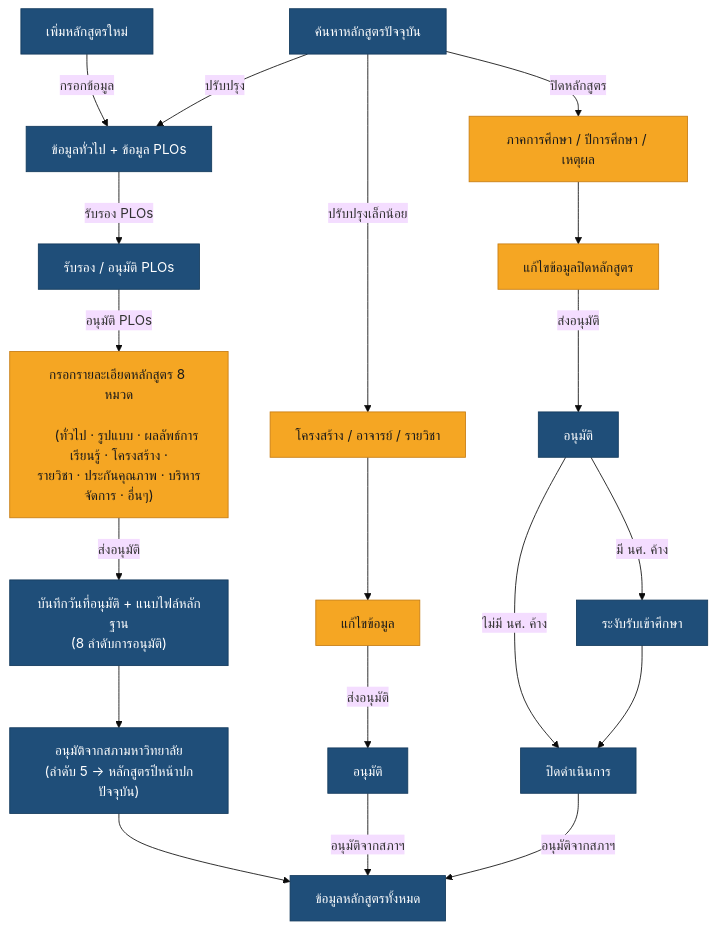
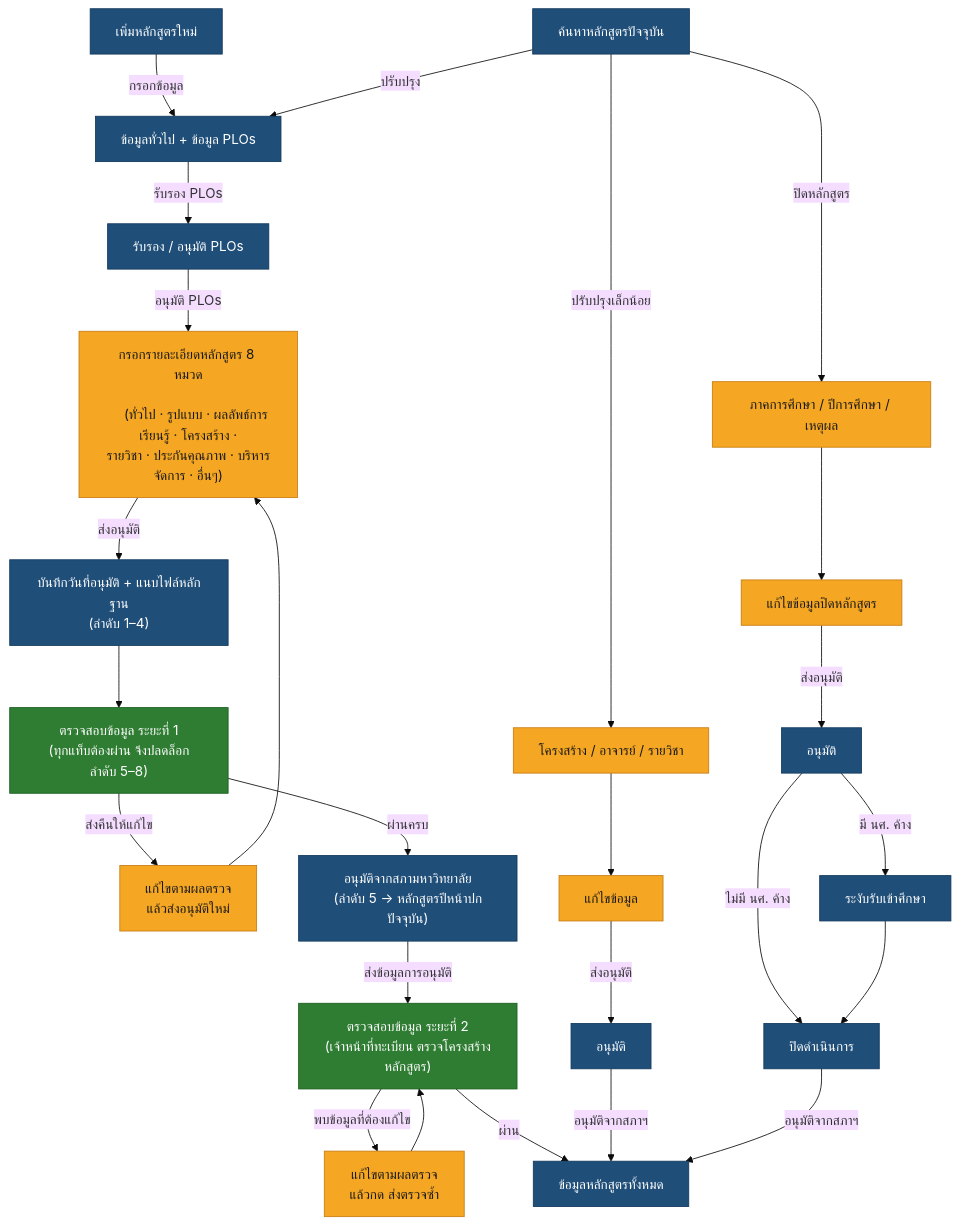
The diagram in process-overview.md (kamolchanokc/cms-user-manaul), drawn with Mermaid (base theme) before and after one commit. The commit also changed other lines of this file and 17 other files, not shown here.

````diff
--- a/process-overview.md
+++ b/process-overview.md
@@ -13,52 +15,63 @@
 ```mermaid
 flowchart TD
     classDef staff fill:#F5A623,stroke:#C77C11,color:#1A1A1A;
     classDef admin fill:#1F4E79,stroke:#12395C,color:#FFFFFF;
+    classDef review fill:#2E7D32,stroke:#1B5E20,color:#FFFFFF;
 
     add["เพิ่มหลักสูตรใหม่"]:::admin
     find["ค้นหาหลักสูตรปัจจุบัน"]:::admin
 
     plo["ข้อมูลทั่วไป + ข้อมูล PLOs"]:::admin
     ploOK["รับรอง / อนุมัติ PLOs"]:::admin
 
     detail["กรอกรายละเอียดหลักสูตร 8 หมวด<br/>
     (ทั่วไป · รูปแบบ · ผลลัพธ์การเรียนรู้ · โครงสร้าง ·<br/>รายวิชา · ประกันคุณภาพ · บริหารจัดการ · อื่นๆ)"]:::staff
 
-    approve["บันทึกวันที่อนุมัติ + แนบไฟล์หลักฐาน<br/>(8 ลำดับการอนุมัติ)"]:::admin
+    approve["บันทึกวันที่อนุมัติ + แนบไฟล์หลักฐาน<br/>(ลำดับ 1–4)"]:::admin
+    review1["ตรวจสอบข้อมูล ระยะที่ 1<br/>(ทุกแท็บต้องผ่าน จึงปลดล็อกลำดับ 5–8)"]:::review
+    fix1["แก้ไขตามผลตรวจ<br/>แล้วส่งอนุมัติใหม่"]:::staff
+    fix2["แก้ไขตามผลตรวจ<br/>แล้วกด ส่งตรวจซ้ำ"]:::staff
     council["อนุมัติจากสภามหาวิทยาลัย<br/>(ลำดับ 5 → หลักสูตรปีหน้าปกปัจจุบัน)"]:::admin
+    review2["ตรวจสอบข้อมูล ระยะที่ 2<br/>(เจ้าหน้าที่ทะเบียน ตรวจโครงสร้างหลักสูตร)"]:::review
     allc["ข้อมูลหลักสูตรทั้งหมด"]:::admin
 
     minorSrc["โครงสร้าง / อาจารย์ / รายวิชา"]:::staff
     minorEdit["แก้ไขข้อมูล"]:::staff
     minorOK["อนุมัติ"]:::admin
 
     closeSrc["ภาคการศึกษา / ปีการศึกษา / เหตุผล"]:::staff
     closeEdit["แก้ไขข้อมูลปิดหลักสูตร"]:::staff
     closeOK["อนุมัติ"]:::admin
     suspend["ระงับรับเข้าศึกษา"]:::admin
     closed["ปิดดำเนินการ"]:::admin
 
     %% เส้นทางหลัก: เพิ่ม / ปรับปรุง
     add -->|กรอกข้อมูล| plo
     find -->|ปรับปรุง| plo
     plo -->|รับรอง PLOs| ploOK
     ploOK -->|อนุมัติ PLOs| detail
     detail -->|ส่งอนุมัติ| approve
-    approve --> council
-    council --> allc
+    approve --> review1
+    review1 -->|ส่งคืนให้แก้ไข| fix1
+    fix1 --> detail
+    review1 -->|ผ่านครบ| council
+    council -->|ส่งข้อมูลการอนุมัติ| review2
+    review2 -->|ผ่าน| allc
+    review2 -->|พบข้อมูลที่ต้องแก้ไข| fix2
+    fix2 --> review2
 
     %% ปรับปรุงเล็กน้อย
     find -->|ปรับปรุงเล็กน้อย| minorSrc
     minorSrc --> minorEdit
     minorEdit -->|ส่งอนุมัติ| minorOK
     minorOK -->|อนุมัติจากสภาฯ| allc
 
     %% ปิดหลักสูตร
     find -->|ปิดหลักสูตร| closeSrc
     closeSrc --> closeEdit
     closeEdit -->|ส่งอนุมัติ| closeOK
     closeOK -->|"ไม่มี นศ. ค้าง"| closed
     closeOK -->|"มี นศ. ค้าง"| suspend
     suspend --> closed
     closed -->|อนุมัติจากสภาฯ| allc
 ```
````
